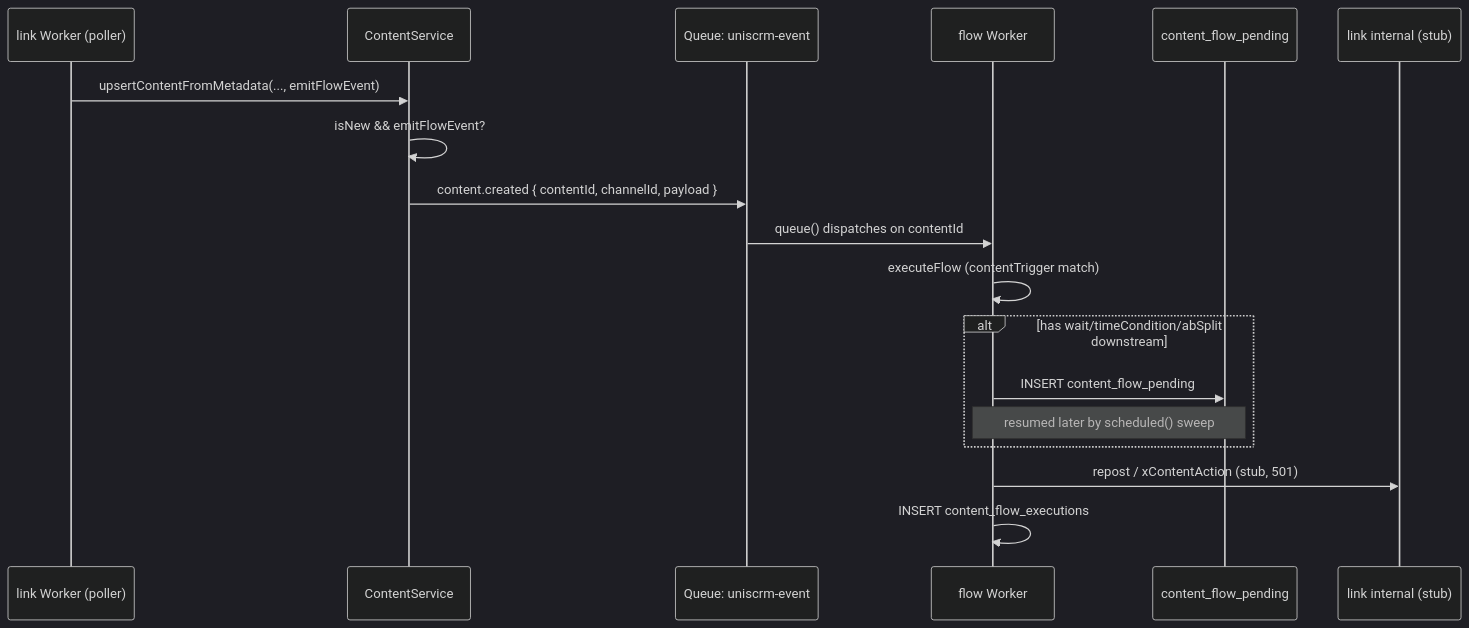
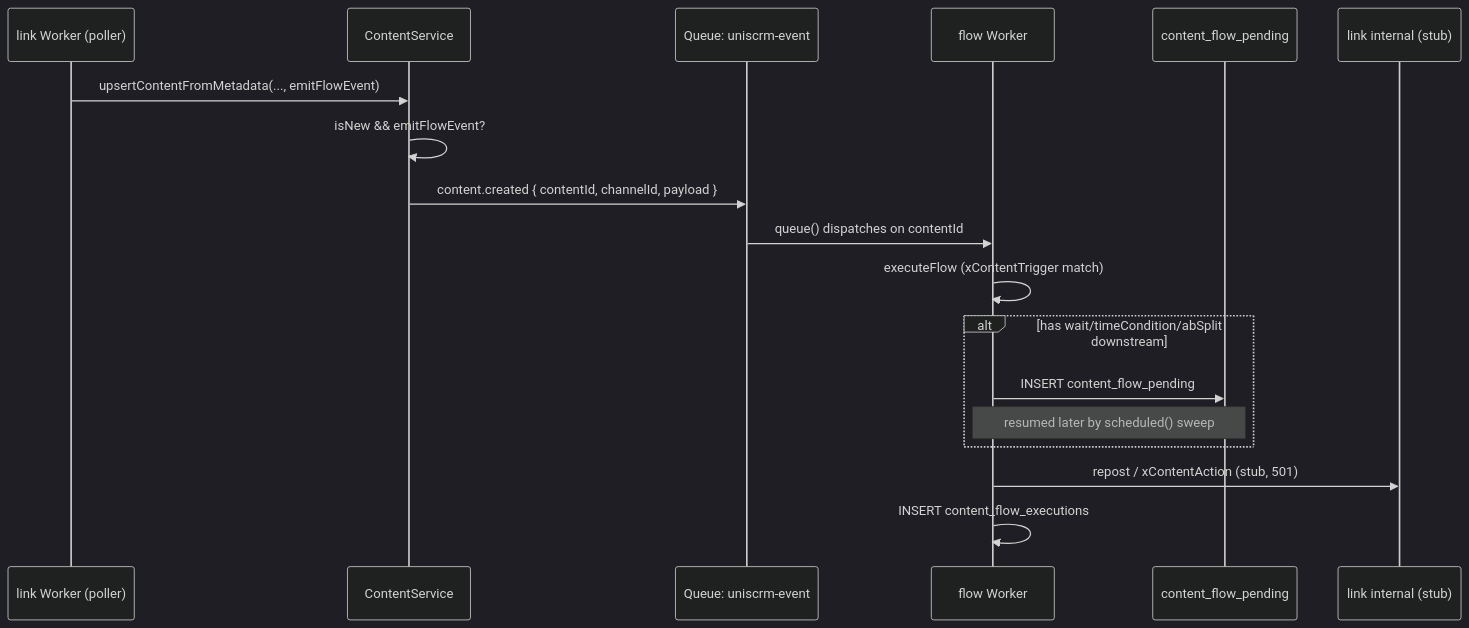
Before and after one commit to zcqqq/uniscrm-web: the second of 4 diagrams in flow/sequence.md, drawn with Mermaid (dark theme). The commit also changed 3 other files, not shown here.

First line of the commit message:
test(flow): fix stale contentTrigger references left by the rename sweep (final review findings)

````diff
--- a/flow/sequence.md
+++ b/flow/sequence.md
@@ -20,21 +20,21 @@
 ```mermaid
 sequenceDiagram
     participant P as link Worker (poller)
     participant CS as ContentService
     participant EQ as Queue: uniscrm-event
     participant FW as flow Worker
     participant CFP as content_flow_pending
     participant STUB as link internal (stub)
 
     P->>CS: upsertContentFromMetadata(..., emitFlowEvent)
     CS->>CS: isNew && emitFlowEvent?
     CS->>EQ: content.created { contentId, channelId, payload }
     EQ->>FW: queue() dispatches on contentId
-    FW->>FW: executeFlow (contentTrigger match)
+    FW->>FW: executeFlow (xContentTrigger match)
     alt has wait/timeCondition/abSplit downstream
         FW->>CFP: INSERT content_flow_pending
         Note over FW,CFP: resumed later by scheduled() sweep
     end
     FW->>STUB: repost / xContentAction (stub, 501)
     FW->>FW: INSERT content_flow_executions
 ```
````
